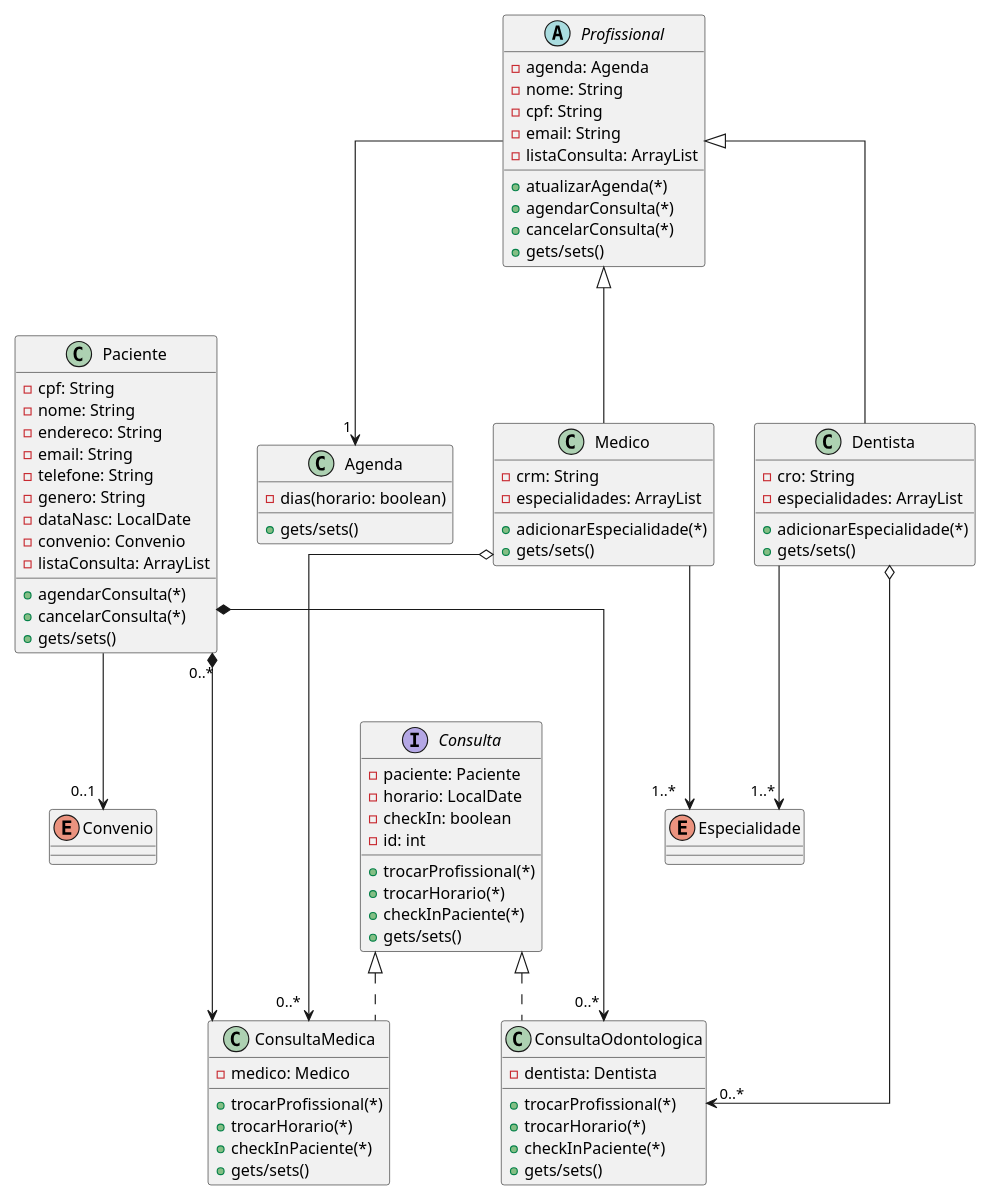
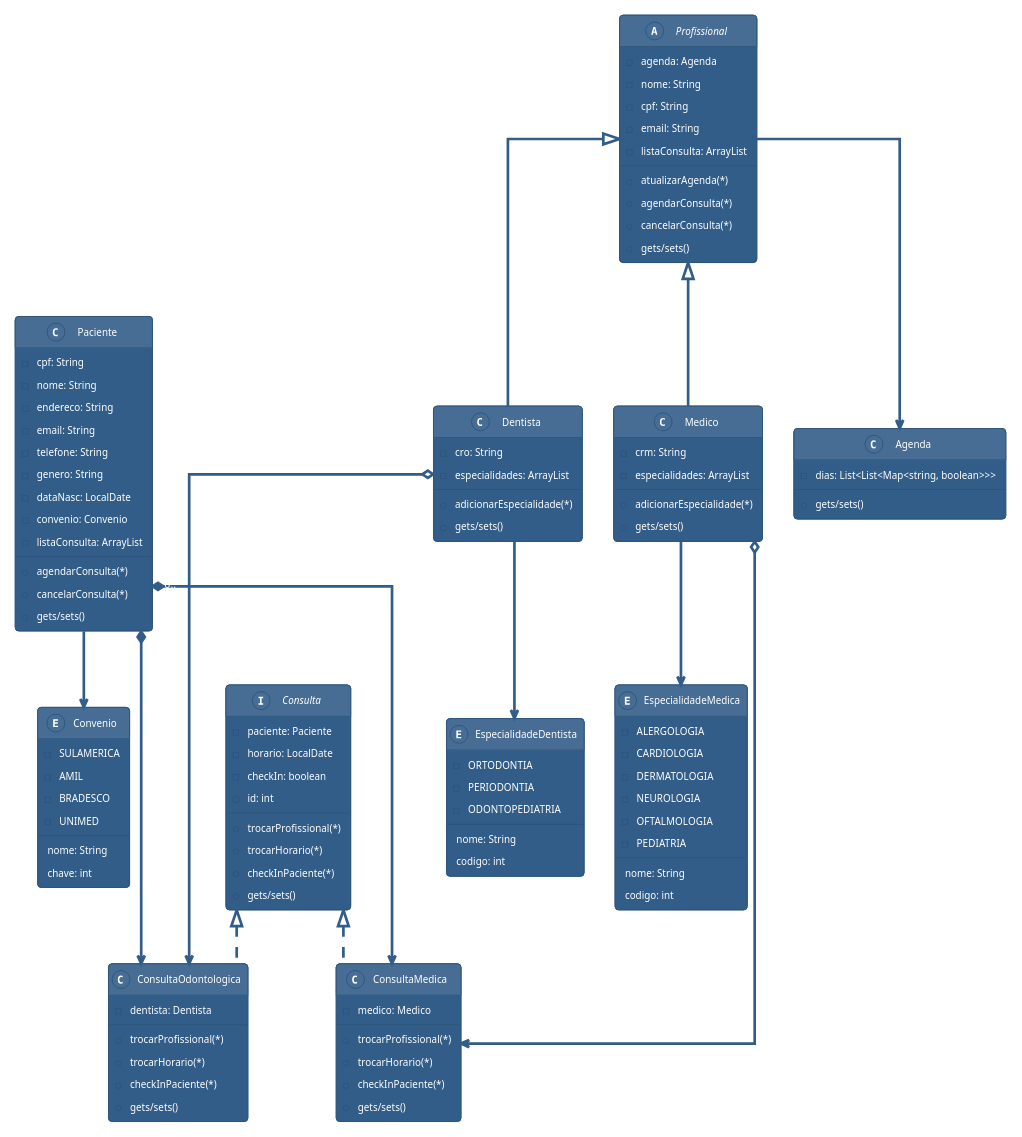
Before and after one commit to DudaElias/wiseclinic-backend: the diagram in README.md, drawn with PlantUML.

Commit message:
feat: added enum definition

```diff
--- a/README.md
+++ b/README.md
@@ -7,7 +7,8 @@
 @startuml
     scale 650 width
     skinparam linetype ortho
-    
+    !theme sandstone
+
     class Paciente{
         - cpf: String
         - nome: String
@@ -77,14 +78,39 @@
     }
 
     class Agenda{
-        -{field} dias(horario: boolean)
+        -{field} dias: List<List<Map<string, boolean>>>
         +gets/sets()
     }
 
     enum Convenio{
+        -SULAMERICA
+        -AMIL
+        -BRADESCO
+        -UNIMED
+        __
+        nome: String
+        chave: int
     }
 
-    enum Especialidade{
+    enum EspecialidadeMedica{
+        -ALERGOLOGIA
+        -CARDIOLOGIA
+        -DERMATOLOGIA
+        -NEUROLOGIA
+        -OFTALMOLOGIA
+        -PEDIATRIA
+        __
+        nome: String
+        codigo: int
+    }
+
+    enum EspecialidadeDentista{
+        -ORTODONTIA
+        -PERIODONTIA
+        -ODONTOPEDIATRIA
+        __
+        nome: String
+        codigo: int
     }
 
     Profissional <|-- Medico
@@ -100,8 +126,8 @@
     Medico o---> "0..*  " ConsultaMedica
     Dentista o--> " 0..*" ConsultaOdontologica
 
-    Medico --> "1..*" Especialidade
-    Dentista --> "1..*   " Especialidade
+    Medico --> "1..*" EspecialidadeMedica
+    Dentista --> "1..*   " EspecialidadeDentista
 
     
     Profissional --> "1 " Agenda
```
